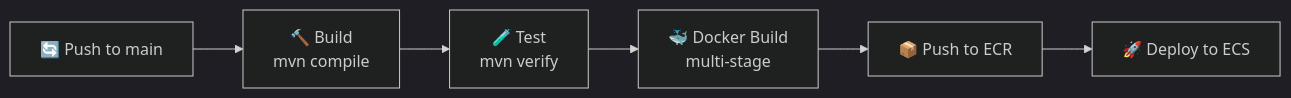
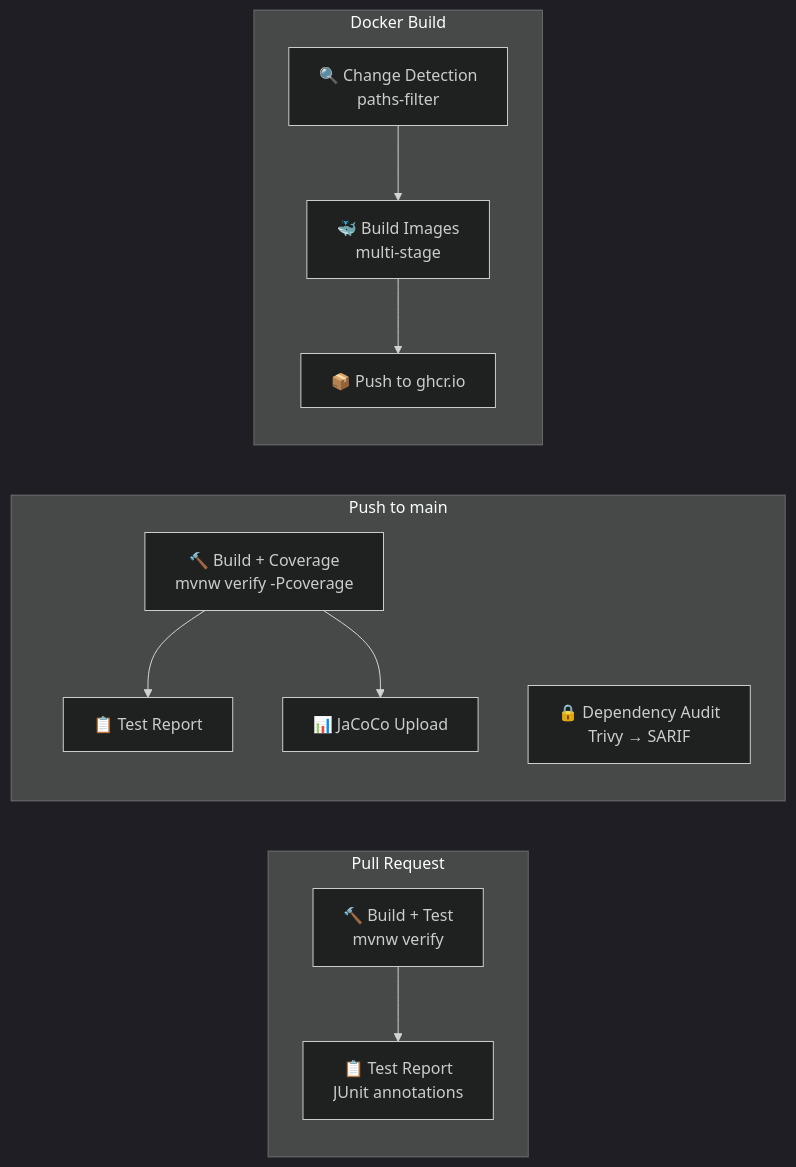
Before and after one commit to oladejiayo/Orion: the diagram in docs/runbooks/deployment.md, drawn with Mermaid (dark theme). The commit also changed other lines of this file and 11 other files, not shown here.

````diff
--- a/docs/runbooks/deployment.md
+++ b/docs/runbooks/deployment.md
@@ -75,8 +77,25 @@
 ```mermaid
 flowchart LR
-    PUSH["🔄 Push to main"] --> BUILD["🔨 Build\nmvn compile"]
-    BUILD --> TEST["🧪 Test\nmvn verify"]
-    TEST --> DOCKER["🐳 Docker Build\nmulti-stage"]
-    DOCKER --> PUSH_ECR["📦 Push to ECR"]
-    PUSH_ECR --> DEPLOY["🚀 Deploy to ECS"]
+    subgraph PR ["Pull Request"]
+        PR_BUILD["🔨 Build + Test\nmvnw verify"]
+        PR_REPORT["📋 Test Report\nJUnit annotations"]
+    end
+
+    subgraph MAIN ["Push to main"]
+        M_BUILD["🔨 Build + Coverage\nmvnw verify -Pcoverage"]
+        M_REPORT["📋 Test Report"]
+        M_COV["📊 JaCoCo Upload"]
+        M_AUDIT["🔒 Dependency Audit\nTrivy → SARIF"]
+    end
+
+    subgraph DOCKER ["Docker Build"]
+        D_DETECT["🔍 Change Detection\npaths-filter"]
+        D_BUILD["🐳 Build Images\nmulti-stage"]
+        D_PUSH["📦 Push to ghcr.io"]
+    end
+
+    PR_BUILD --> PR_REPORT
+    M_BUILD --> M_REPORT & M_COV
+    M_AUDIT
+    D_DETECT --> D_BUILD --> D_PUSH
 ```
````
